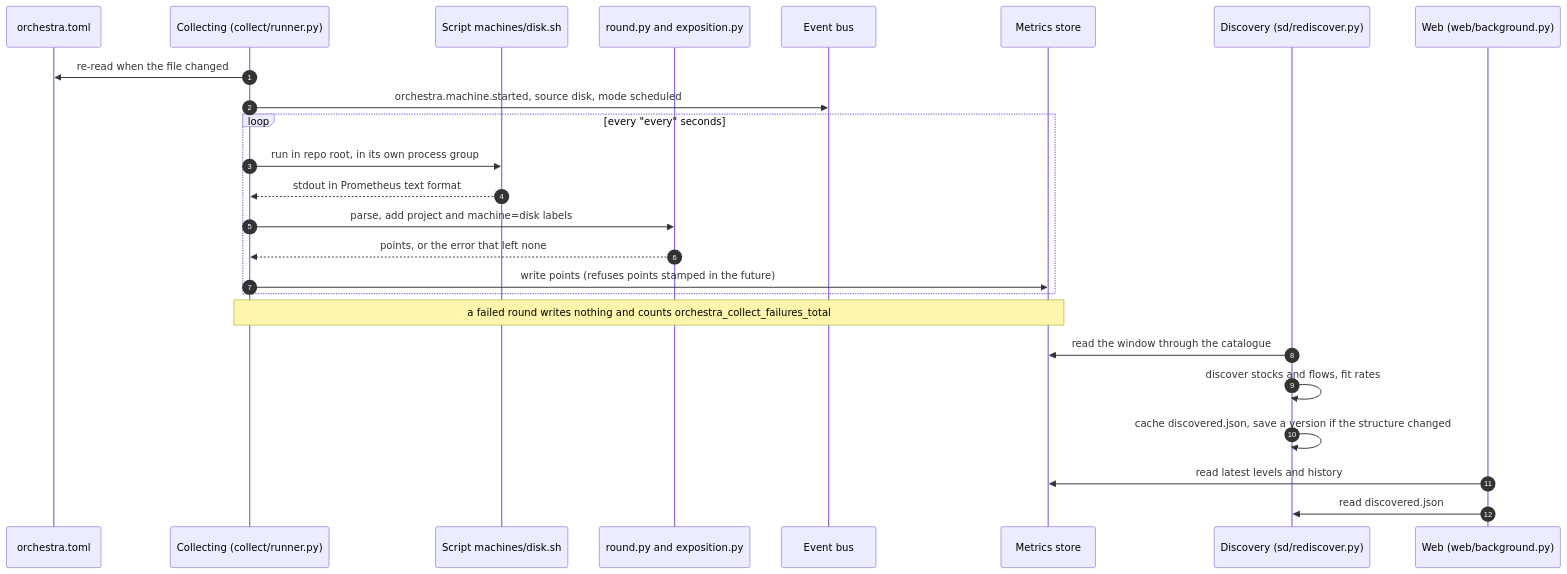
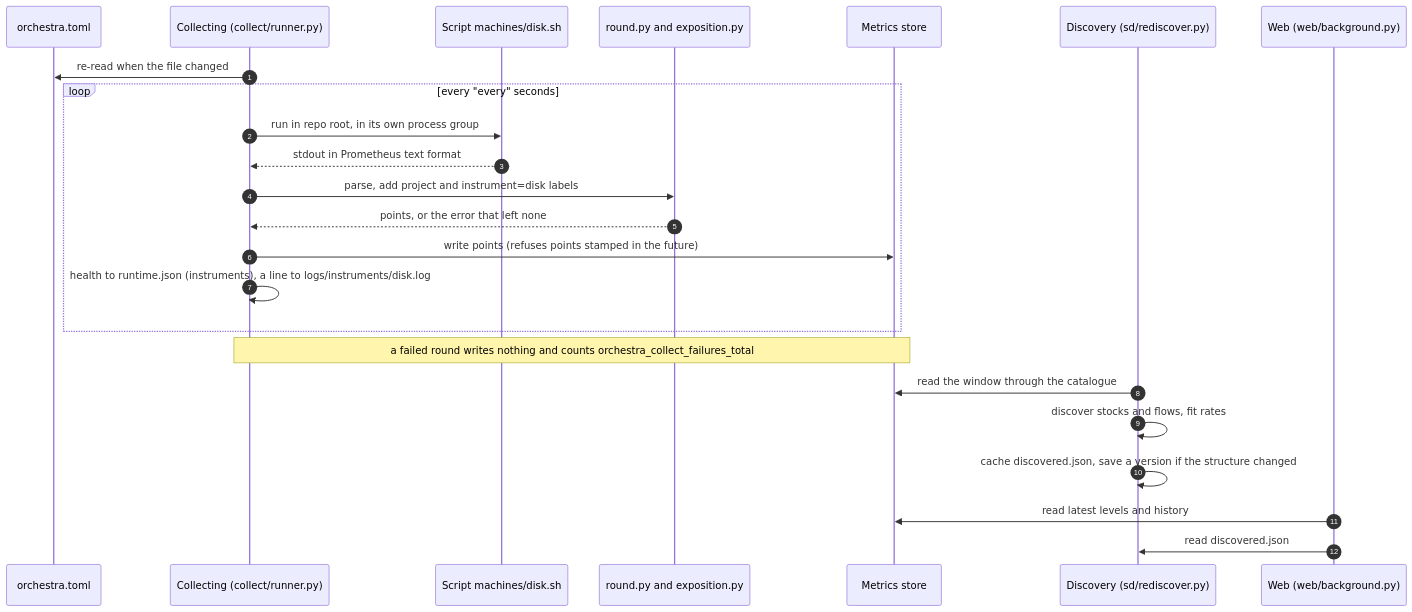
The second of 7 diagrams in ARCHITECTURE.md (danroblewis/orchestra), drawn with Mermaid before and after one commit. The commit also changed other lines of this file and 52 other files, not shown here.

First line of the commit message:
Measurements are not machines: instruments, and machines associated with flows only as hypotheses

````diff
--- a/ARCHITECTURE.md
+++ b/ARCHITECTURE.md
@@ -169,27 +181,26 @@
 ```mermaid
 sequenceDiagram
   autonumber
   participant T as orchestra.toml
   participant R as Collecting (collect/runner.py)
   participant S as Script machines/disk.sh
   participant P as round.py and exposition.py
-  participant B as Event bus
   participant M as Metrics store
   participant D as Discovery (sd/rediscover.py)
   participant W as Web (web/background.py)
   R->>T: re-read when the file changed
-  R->>B: orchestra.machine.started, source disk, mode scheduled
   loop every "every" seconds
     R->>S: run in repo root, in its own process group
     S-->>R: stdout in Prometheus text format
-    R->>P: parse, add project and machine=disk labels
+    R->>P: parse, add project and instrument=disk labels
     P-->>R: points, or the error that left none
     R->>M: write points (refuses points stamped in the future)
+    R->>R: health to runtime.json (instruments), a line to logs/instruments/disk.log
   end
   Note over R,M: a failed round writes nothing and counts orchestra_collect_failures_total
   D->>M: read the window through the catalogue
   D->>D: discover stocks and flows, fit rates
   D->>D: cache discovered.json, save a version if the structure changed
   W->>M: read latest levels and history
   W->>D: read discovered.json
 ```
````
